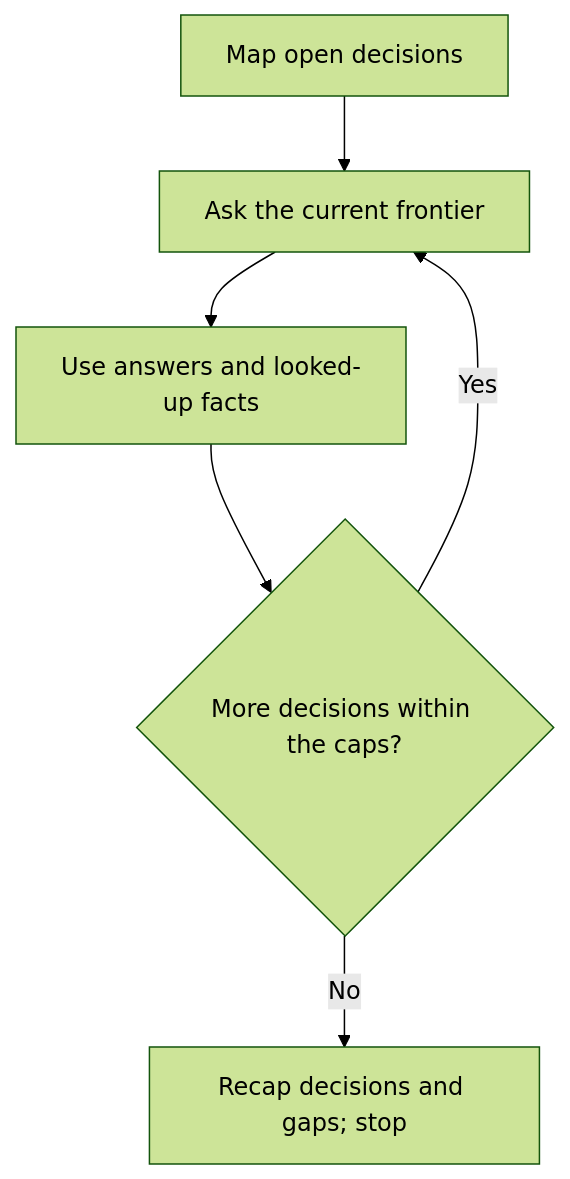
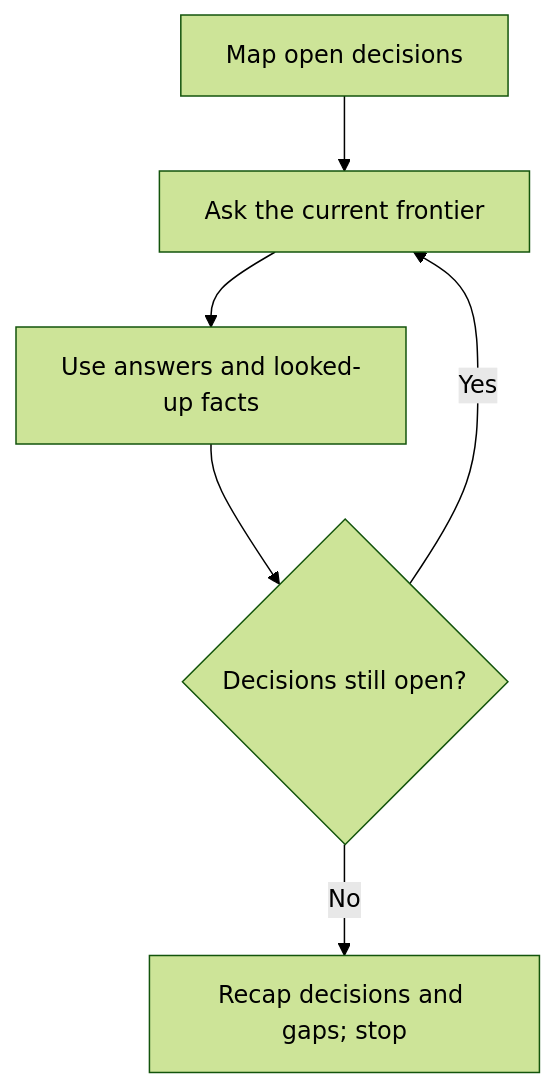
Before and after one commit to LeoMartinDev/skills: the ninth of 16 diagrams in README.md, drawn with Mermaid (forest theme). The commit also changed other lines of this file and 37 other files, not shown here.

````diff
--- a/README.md
+++ b/README.md
@@ -180,8 +180,8 @@
 ```mermaid
 flowchart TD
     F["Map open decisions"] --> Q["Ask the current frontier"]
     Q --> A["Use answers and looked-up facts"]
-    A --> M{"More decisions within the caps?"}
+    A --> M{"Decisions still open?"}
     M -->|Yes| Q
     M -->|No| O["Recap decisions and gaps; stop"]
 ```
````
